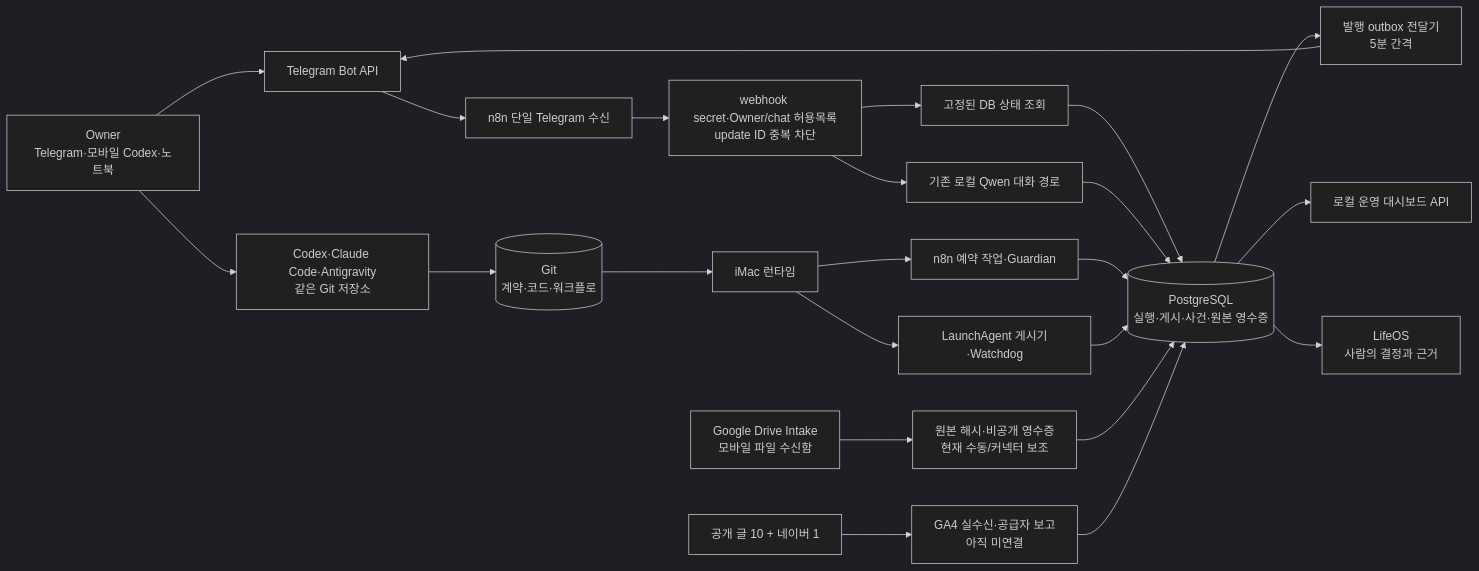
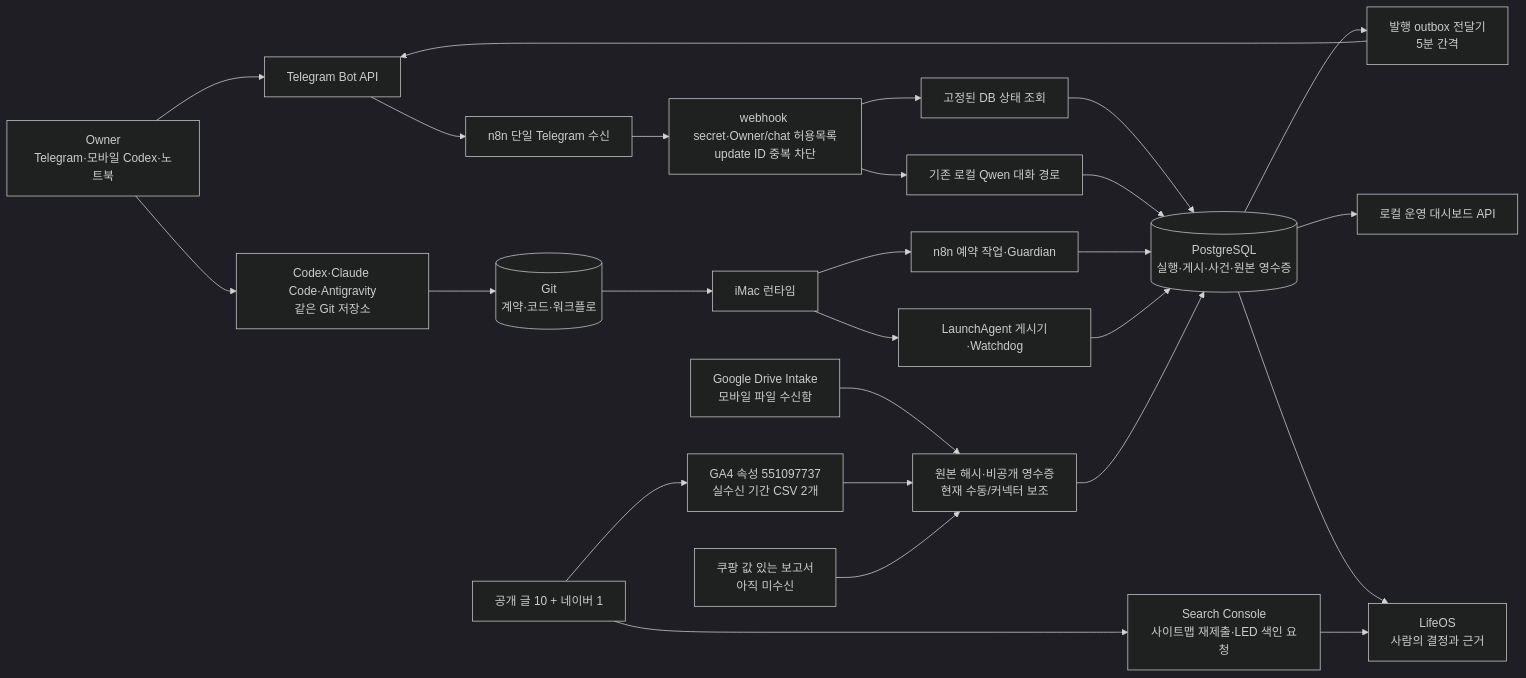
One commit to Orange3718/Banana changed the diagram in docs/OPERATING_MAP_2026-11-01.md. Above: the diagram before and after it, drawn with Mermaid (dark theme). The commit also changed other lines of this file and 10 other files, not shown here.

````diff
--- a/docs/OPERATING_MAP_2026-11-01.md
+++ b/docs/OPERATING_MAP_2026-11-01.md
@@ -11,25 +11,28 @@
 ```mermaid
 flowchart LR
   USER[Owner<br/>Telegram·모바일 Codex·노트북] --> TG[Telegram Bot API]
   USER --> IDE[Codex·Claude Code·Antigravity<br/>같은 Git 저장소]
   IDE --> GIT[(Git<br/>계약·코드·워크플로)]
   GIT --> IMAC[iMac 런타임]
   TG --> RX[n8n 단일 Telegram 수신]
   RX --> GATE[webhook secret·Owner/chat 허용목록<br/>update ID 중복 차단]
   GATE --> READ[고정된 DB 상태 조회]
   GATE --> NL[기존 로컬 Qwen 대화 경로]
   READ --> DB[(PostgreSQL<br/>실행·게시·사건·원본 영수증)]
   NL --> DB
   IMAC --> N8N[n8n 예약 작업·Guardian]
   IMAC --> LA[LaunchAgent 게시기·Watchdog]
   N8N --> DB
   LA --> DB
   DB --> OUT[발행 outbox 전달기<br/>5분 간격]
   OUT --> TG
   DB --> DASH[로컬 운영 대시보드 API]
   DRIVE[Google Drive Intake<br/>모바일 파일 수신함] --> FILE[원본 해시·비공개 영수증<br/>현재 수동/커넥터 보조]
   FILE --> DB
   DB --> LIFE[LifeOS<br/>사람의 결정과 근거]
-  SITE[공개 글 10 + 네이버 1] --> METRIC[GA4 실수신·공급자 보고<br/>아직 미연결]
-  METRIC --> DB
+  SITE[공개 글 10 + 네이버 1] --> GA4[GA4 속성 551097737<br/>실수신 기간 CSV 2개]
+  GA4 --> FILE
+  SITE --> SC[Search Console<br/>사이트맵 재제출·LED 색인 요청]
+  SC --> LIFE
+  PROVIDER[쿠팡 값 있는 보고서<br/>아직 미수신] --> FILE
 ```
````
